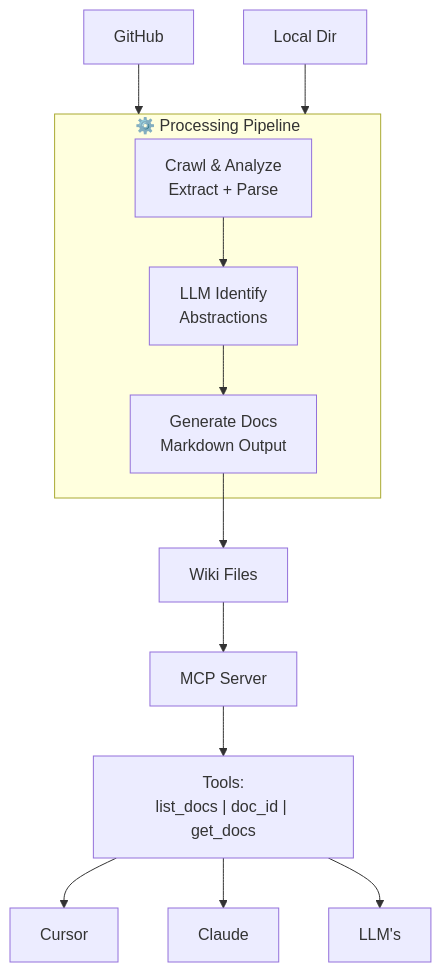
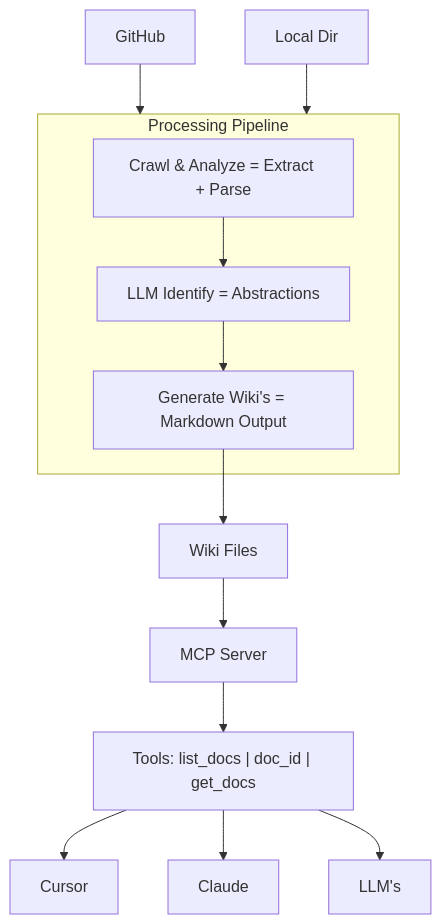
Before and after one commit to usesalt/salt-docs: the diagram in README.md, drawn with Mermaid. The commit also changed other lines of this file and 7 other files, not shown here.

````diff
--- a/README.md
+++ b/README.md
@@ -7,19 +7,19 @@
 ```mermaid
 flowchart TD
     GH[GitHub] --> Pipeline
     Local[Local Dir] --> Pipeline
 
-    subgraph Pipeline["⚙️ Processing Pipeline"]
-        Crawl[Crawl & Analyze\nExtract + Parse] --> Identify[LLM Identify\nAbstractions]
-        Identify --> Generate[Generate Docs\nMarkdown Output]
+    subgraph Pipeline["Processing Pipeline"]
+        Crawl[Crawl & Analyze = Extract + Parse] --> Identify[LLM Identify = Abstractions]
+        Identify --> Generate[Generate Wiki's = Markdown Output]
     end
 
     Generate --> Docs[Wiki Files]
     Docs --> Server[MCP Server]
-    Server --> Tools["Tools:\nlist_docs | doc_id | get_docs"]
+    Server --> Tools["Tools: list_docs | doc_id | get_docs"]
 
     Tools --> Cursor[Cursor]
     Tools --> Claude[Claude]
     Tools --> Continue[LLM's]
 
 ```
````
